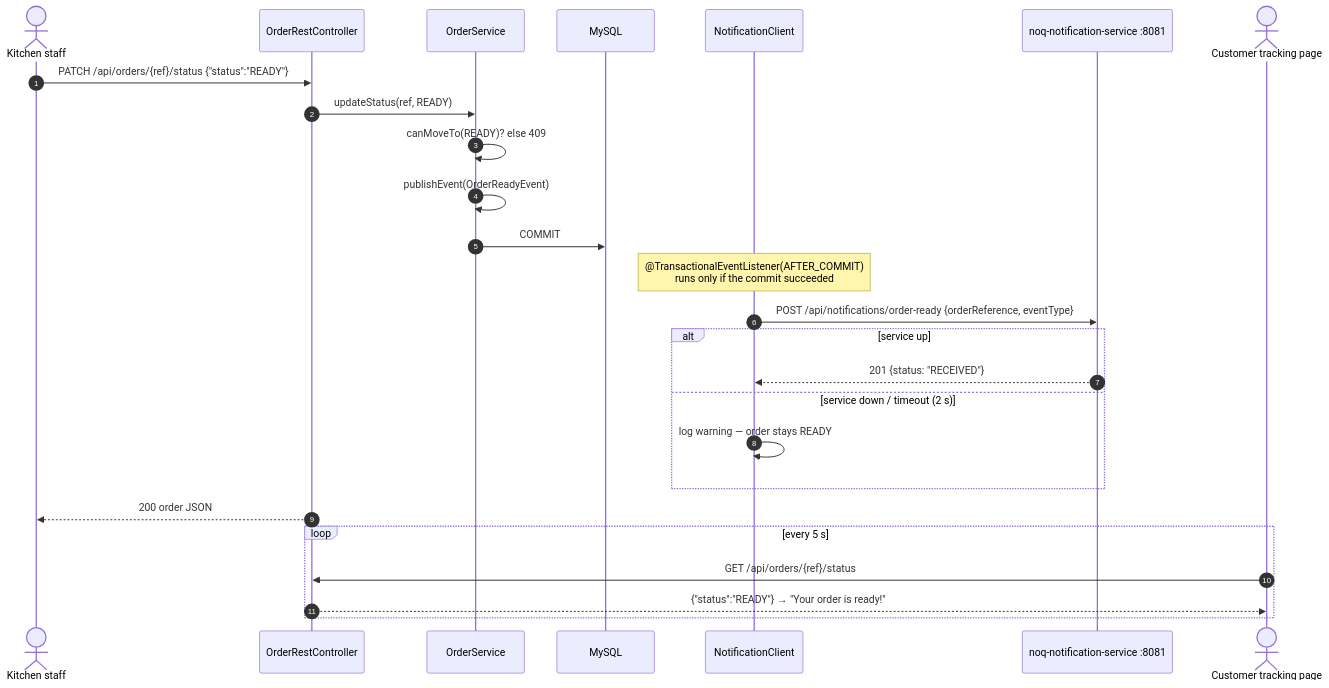
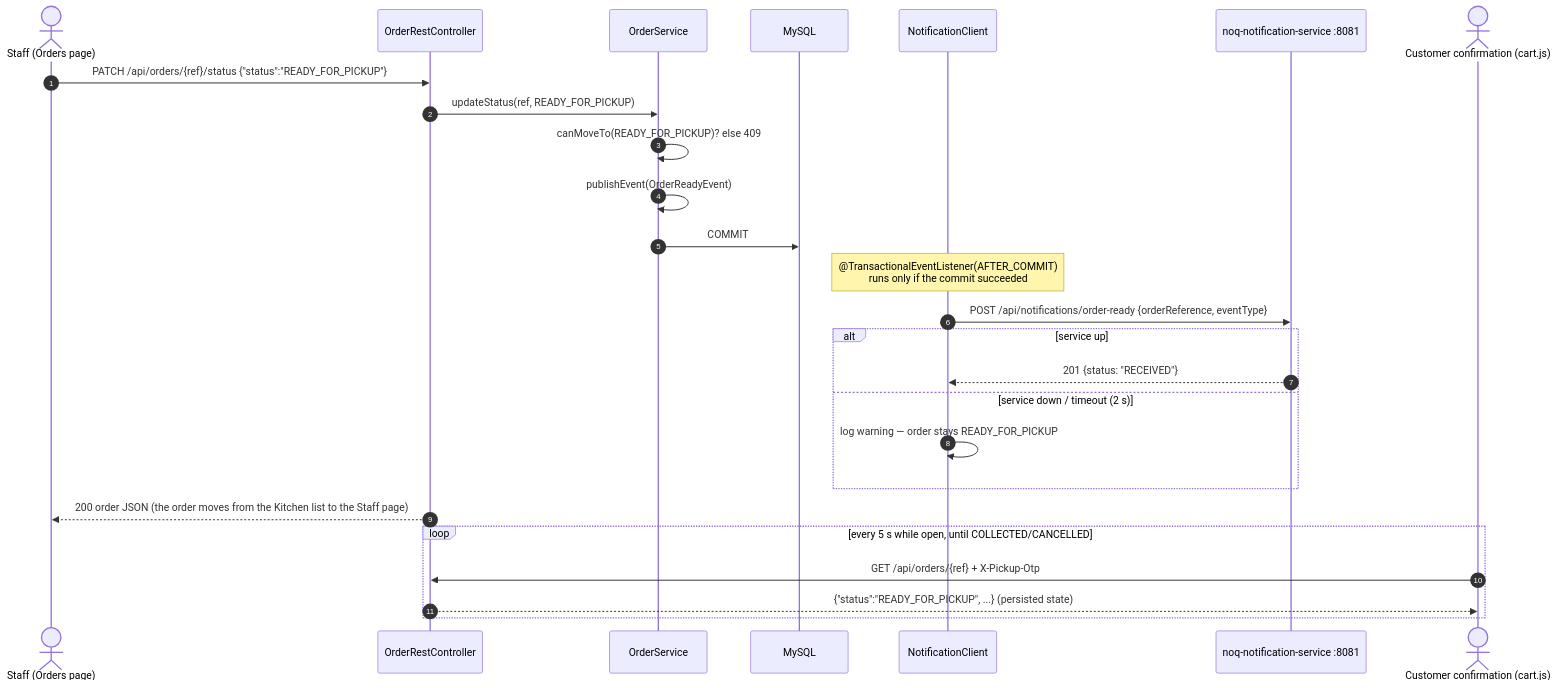
One commit to Arun-N-M-07/NoQ changed the sixth of 7 diagrams in docs/ARCHITECTURE.md. Above: the diagram before and after it, drawn with Mermaid. The commit also changed other lines of this file and 66 other files, not shown here.

````diff
--- a/docs/ARCHITECTURE.md
+++ b/docs/ARCHITECTURE.md
@@ -244,29 +229,29 @@
 ```mermaid
 sequenceDiagram
     autonumber
-    actor K as Kitchen staff
+    actor K as Staff (Orders page)
     participant RC as OrderRestController
     participant OS as OrderService
     participant DB as MySQL
     participant NC as NotificationClient
     participant NS as noq-notification-service :8081
-    actor C as Customer tracking page
 
-    K->>RC: PATCH /api/orders/{ref}/status {"status":"READY"}
-    RC->>OS: updateStatus(ref, READY)
-    OS->>OS: canMoveTo(READY)? else 409
+    K->>RC: PATCH /api/orders/{ref}/status {"status":"READY_FOR_PICKUP"}
+    RC->>OS: updateStatus(ref, READY_FOR_PICKUP)
+    OS->>OS: canMoveTo(READY_FOR_PICKUP)? else 409
     OS->>OS: publishEvent(OrderReadyEvent)
     OS->>DB: COMMIT
     Note over NC: @TransactionalEventListener(AFTER_COMMIT)<br/>runs only if the commit succeeded
     NC->>NS: POST /api/notifications/order-ready {orderReference, eventType}
     alt service up
         NS-->>NC: 201 {status: "RECEIVED"}
     else service down / timeout (2 s)
-        NC->>NC: log warning — order stays READY
+        NC->>NC: log warning — order stays READY_FOR_PICKUP
     end
-    RC-->>K: 200 order JSON
-    loop every 5 s
-        C->>RC: GET /api/orders/{ref}/status
-        RC-->>C: {"status":"READY"} → "Your order is ready!"
+    RC-->>K: 200 order JSON (the order moves from the Kitchen list to the Staff page)
+    actor C as Customer confirmation (cart.js)
+    loop every 5 s while open, until COLLECTED/CANCELLED
+        C->>RC: GET /api/orders/{ref} + X-Pickup-Otp
+        RC-->>C: {"status":"READY_FOR_PICKUP", ...} (persisted state)
     end
 ```
````
